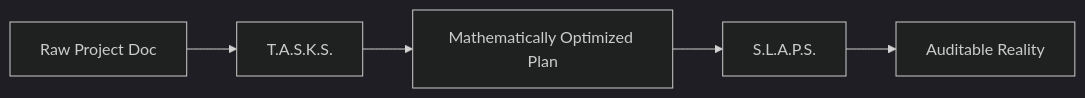
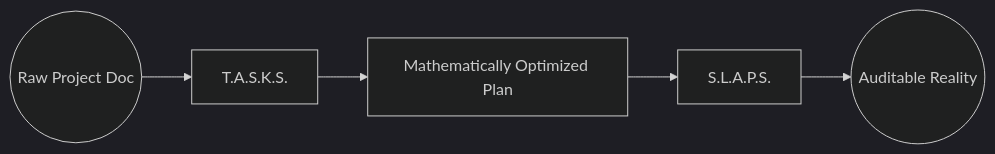
One commit to flyingrobots/TASKS changed the third of 3 diagrams in README.md. Above: the diagram before and after it, drawn with Mermaid (dark theme).

Commit message:
docs: highlight pipeline endpoints in mermaid

````diff
--- a/README.md
+++ b/README.md
@@ -101,7 +101,7 @@
 ```mermaid
 graph LR
-    doc["Raw Project Doc"] --> tasks["T.A.S.K.S."]
+    doc((Raw Project Doc)) --> tasks["T.A.S.K.S."]
     tasks --> plan["Mathematically Optimized Plan"]
     plan --> slaps["S.L.A.P.S."]
-    slaps --> reality["Auditable Reality"]
+    slaps --> reality((Auditable Reality))
 ```
````
